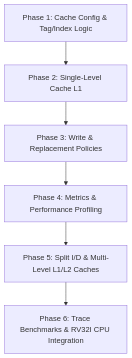
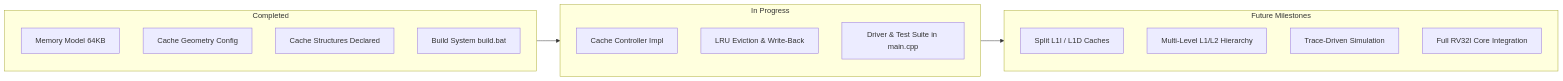
The diagram in README.md (notshauryachauhan/RISCVI32Cache), drawn with Mermaid before and after one commit. The commit also changed other lines of this file and 3 other files, not shown here.

````diff
--- a/README.md
+++ b/README.md
@@ -27,8 +96,24 @@
 ```mermaid
-flowchart TD
-    A[Phase 1: Cache Config & Tag/Index Logic] --> B[Phase 2: Single-Level Cache L1]
-    B --> C[Phase 3: Write & Replacement Policies]
-    C --> D[Phase 4: Metrics & Performance Profiling]
-    D --> E[Phase 5: Split I/D & Multi-Level L1/L2 Caches]
-    E --> F[Phase 6: Trace Benchmarks & RV32I CPU Integration]
+flowchart LR
+    subgraph Done [Completed]
+        M1[Memory Model 64KB]
+        M2[Cache Geometry Config]
+        M3[Cache Structures Declared]
+        M4[Build System build.bat]
+    end
+
+    subgraph Current [In Progress]
+        C1[Cache Controller Impl]
+        C2[LRU Eviction & Write-Back]
+        C3[Driver & Test Suite in main.cpp]
+    end
+
+    subgraph Future [Future Milestones]
+        F1[Split L1I / L1D Caches]
+        F2[Multi-Level L1/L2 Hierarchy]
+        F3[Trace-Driven Simulation]
+        F4[Full RV32I Core Integration]
+    end
+
+    Done --> Current --> Future
 ```
````
